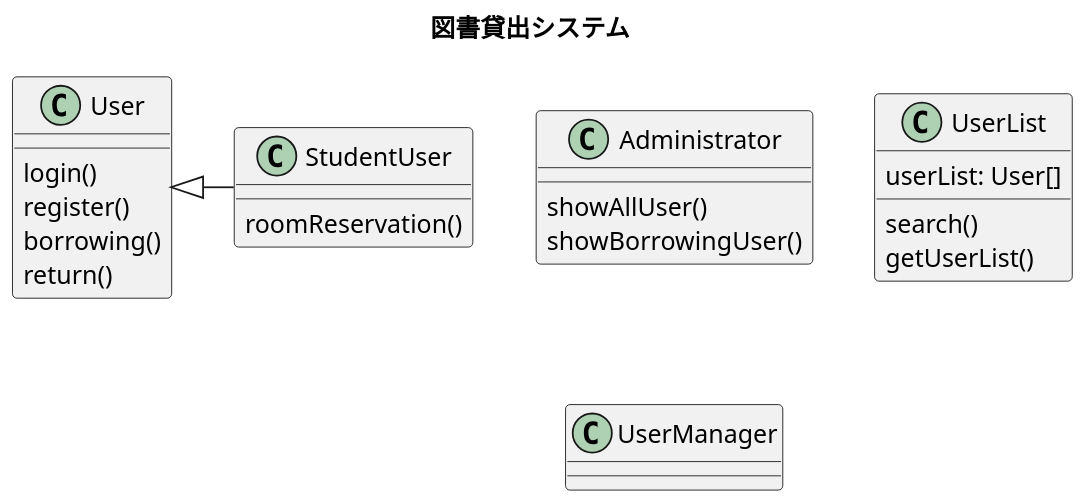
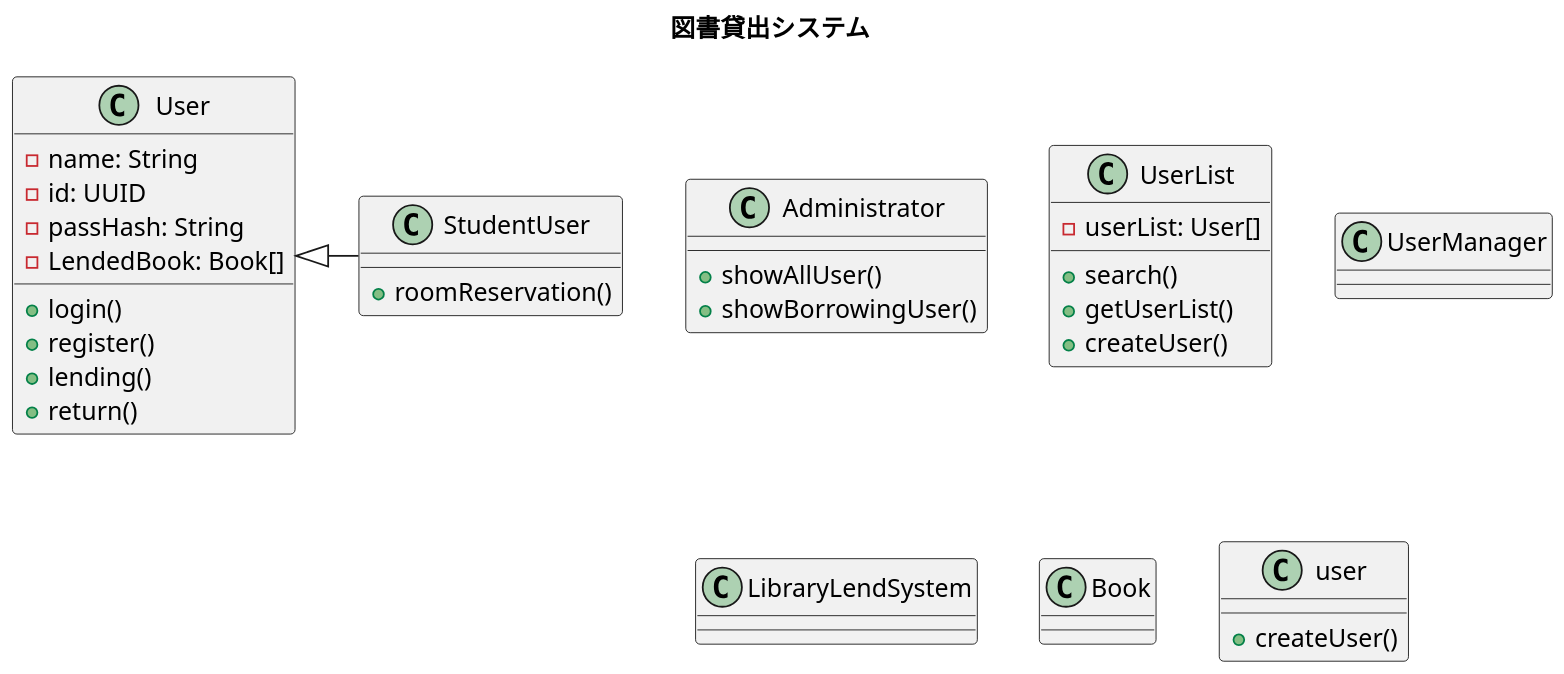
The diagram in class.pu (Romira915/AdvancedSoftwareEngineering3-Task), drawn with PlantUML before and after one commit. The commit also changed 2 other files, not shown here.

Commit message:
add: sequence

```diff
--- a/class.pu
+++ b/class.pu
@@ -1,29 +1,39 @@
-@startuml
+@startuml 図書貸出システム
 
 title 図書貸出システム
 skinparam dpi 150
 
 class User
 class StudentUser
 class Administrator
 
 class UserList
 class UserManager
+class LibraryLendSystem
+class Book
 
 User <|- StudentUser
 
-User : login()
-User : register()
-User : borrowing()
-User : return()
+User : -name: String
+User : -id: UUID
+User : -passHash: String
+User : -LendedBook: Book[]
+User : +login()
+User : +register()
+User : +lending()
+User : +return()
+user : +createUser()
 
-StudentUser : roomReservation()
+StudentUser : +roomReservation()
 
-Administrator : showAllUser()
-Administrator : showBorrowingUser()
+Administrator : +showAllUser()
+Administrator : +showBorrowingUser()
 
-UserList : userList: User[]
-UserList : search()
-UserList : getUserList()
+UserList : -userList: User[]
+UserList : +search()
+UserList : +getUserList()
+UserList : +createUser()
+
+
 
 @enduml
```
